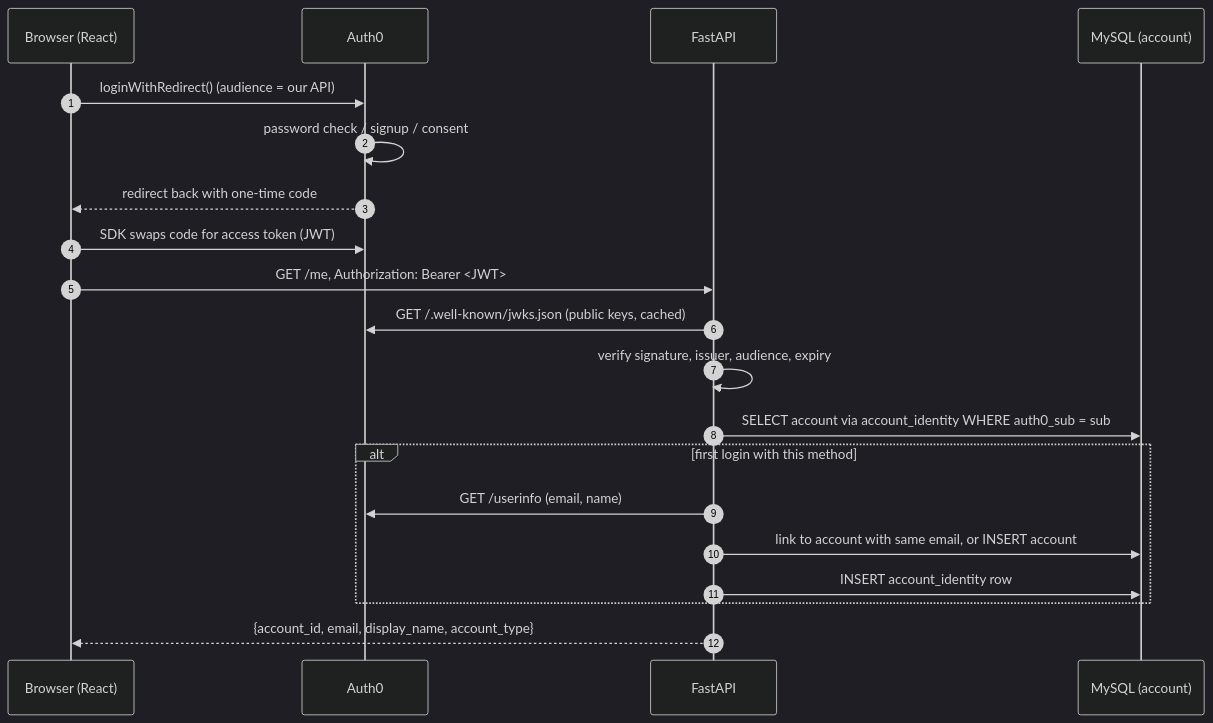
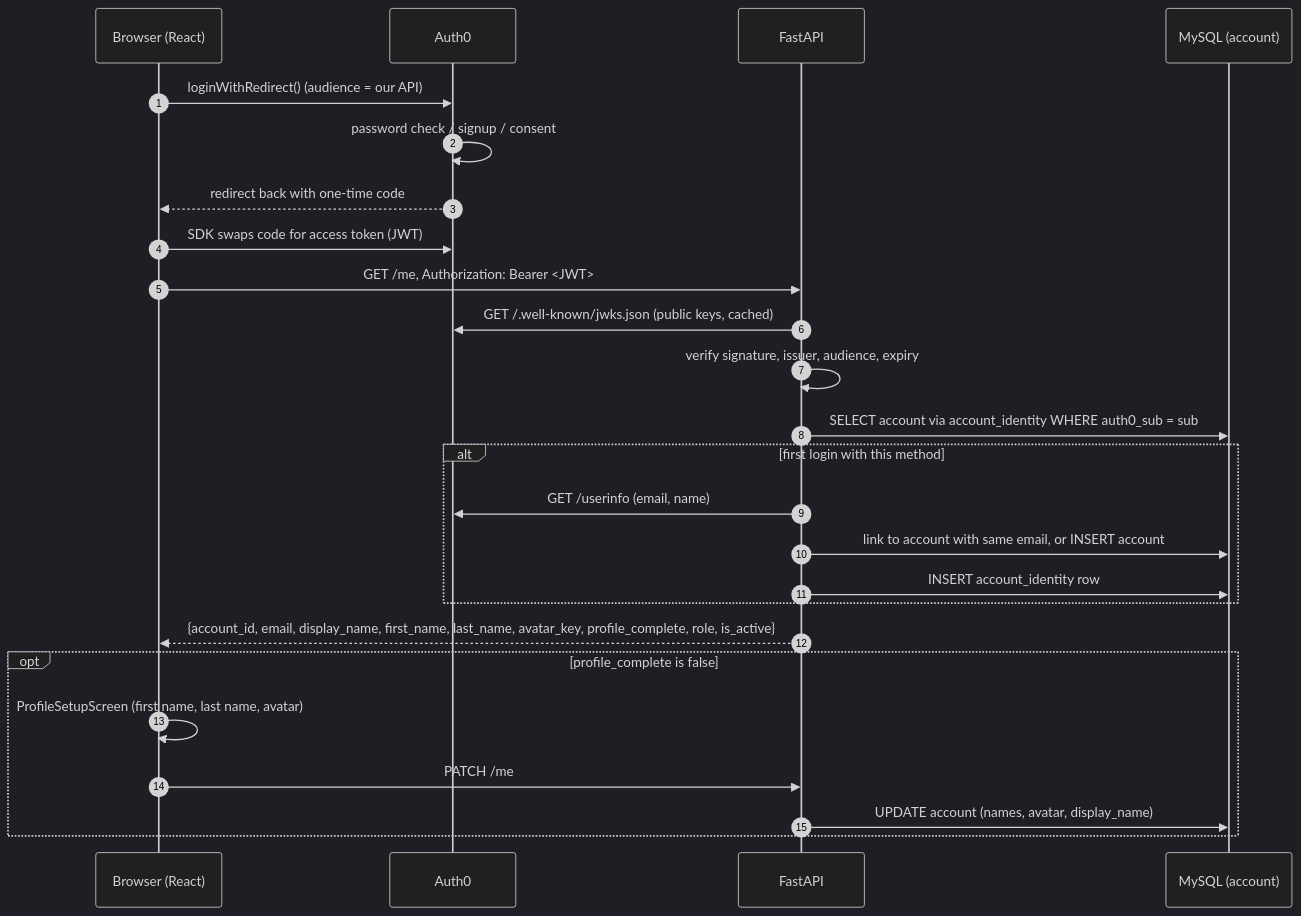
One commit to sudo-nickPinto/CS440-Quiz-Platform changed the first of 4 diagrams in docs/AUTH.md. Above: the diagram before and after it, drawn with Mermaid (dark theme). The commit also changed other lines of this file and 2 other files, not shown here.

First line of the commit message:
Document the profile step, PATCH /me and avatar fields

````diff
--- a/docs/AUTH.md
+++ b/docs/AUTH.md
@@ -10,23 +10,28 @@
 ```mermaid
 sequenceDiagram
     autonumber
     participant B as Browser (React)
     participant A as Auth0
     participant F as FastAPI
     participant D as MySQL (account)
 
     B->>A: loginWithRedirect() (audience = our API)
     A->>A: password check / signup / consent
     A-->>B: redirect back with one-time code
     B->>A: SDK swaps code for access token (JWT)
     B->>F: GET /me, Authorization: Bearer <JWT>
     F->>A: GET /.well-known/jwks.json (public keys, cached)
     F->>F: verify signature, issuer, audience, expiry
     F->>D: SELECT account via account_identity WHERE auth0_sub = sub
     alt first login with this method
         F->>A: GET /userinfo (email, name)
         F->>D: link to account with same email, or INSERT account
         F->>D: INSERT account_identity row
     end
-    F-->>B: {account_id, email, display_name, account_type}
+    F-->>B: {account_id, email, display_name, first_name, last_name, avatar_key, profile_complete, role, is_active}
+    opt profile_complete is false
+        B->>B: ProfileSetupScreen (first name, last name, avatar)
+        B->>F: PATCH /me
+        F->>D: UPDATE account (names, avatar, display_name)
+    end
 ```
````
